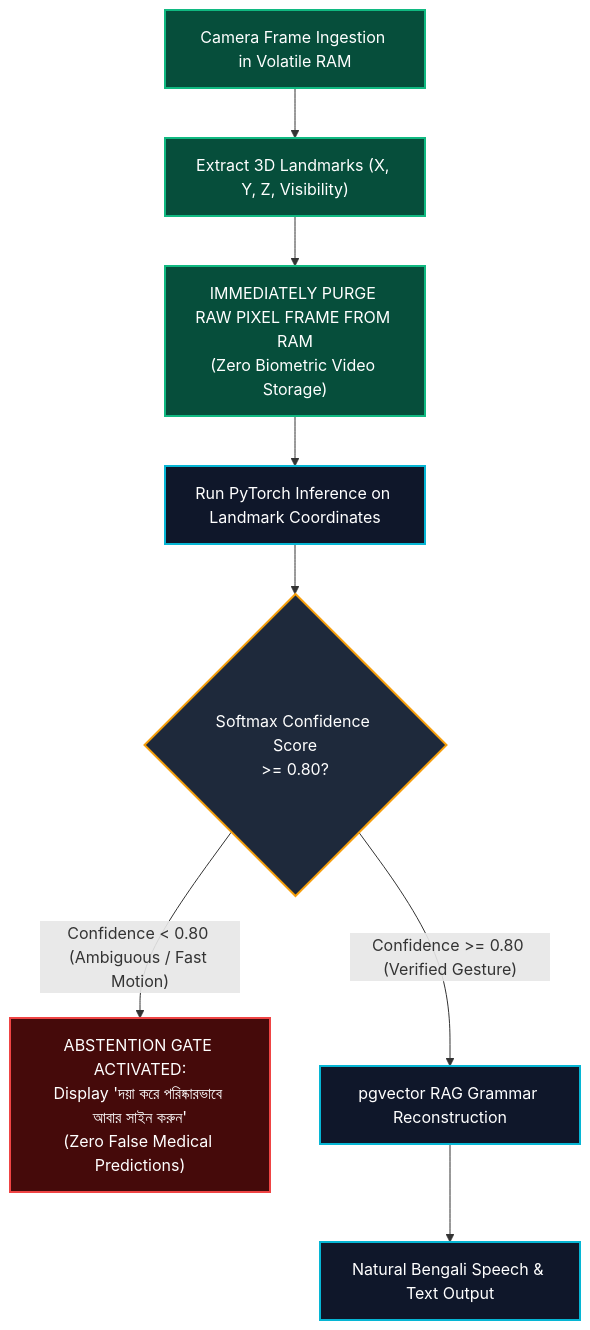
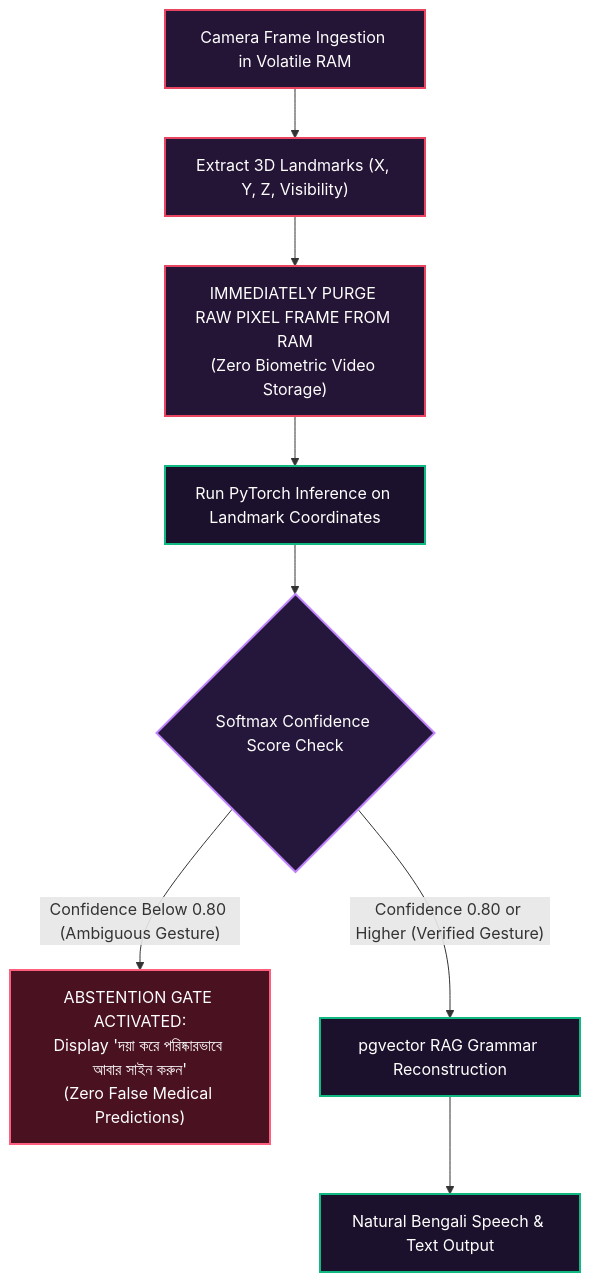
The sixth of 6 diagrams in README.md (mohammademon10/Bhasha-Drishti), drawn with Mermaid before and after one commit. The commit also changed other lines of this file and 9 other files, not shown here.

Commit message:
feat: apply Royal Aurora color palette, realistic 3D clinical avatar, declutter UI, and fix GitHub Mermaid diagrams

````diff
--- a/README.md
+++ b/README.md
@@ -271,16 +282,16 @@
 ```mermaid
 flowchart TD
-    classDef ram fill:#064E3B,stroke:#10B981,stroke-width:2px,color:#FFFFFF;
-    classDef decision fill:#1E293B,stroke:#F59E0B,stroke-width:2px,color:#FFFFFF;
-    classDef alert fill:#450A0A,stroke:#EF4444,stroke-width:2px,color:#FFFFFF;
-    classDef ok fill:#0F172A,stroke:#06B6D4,stroke-width:2px,color:#FFFFFF;
+    classDef ram fill:#241436,stroke:#E94560,stroke-width:2px,color:#FFFFFF;
+    classDef decision fill:#25173B,stroke:#C084FC,stroke-width:2px,color:#FFFFFF;
+    classDef alert fill:#4A1120,stroke:#FF5E7E,stroke-width:2px,color:#FFFFFF;
+    classDef ok fill:#1C112C,stroke:#10B981,stroke-width:2px,color:#FFFFFF;
 
     START["Camera Frame Ingestion in Volatile RAM"]:::ram --> EXTRACT["Extract 3D Landmarks (X, Y, Z, Visibility)"]:::ram
     EXTRACT --> PURGE["IMMEDIATELY PURGE RAW PIXEL FRAME FROM RAM<br/>(Zero Biometric Video Storage)"]:::ram
     PURGE --> INFER["Run PyTorch Inference on Landmark Coordinates"]:::ok
-    INFER --> CONF{"Softmax Confidence Score<br/>>= 0.80?"}:::decision
+    INFER --> CONF{"Softmax Confidence Score Check"}:::decision
 
-    CONF -- "Confidence < 0.80 (Ambiguous / Fast Motion)" --> ABSTAIN["ABSTENTION GATE ACTIVATED:<br/>Display 'দয়া করে পরিষ্কারভাবে আবার সাইন করুন'<br/>(Zero False Medical Predictions)"]:::alert
-    CONF -- "Confidence >= 0.80 (Verified Gesture)" --> RECONSTRUCT["pgvector RAG Grammar Reconstruction"]:::ok
+    CONF -- "Confidence Below 0.80 (Ambiguous Gesture)" --> ABSTAIN["ABSTENTION GATE ACTIVATED:<br/>Display 'দয়া করে পরিষ্কারভাবে আবার সাইন করুন'<br/>(Zero False Medical Predictions)"]:::alert
+    CONF -- "Confidence 0.80 or Higher (Verified Gesture)" --> RECONSTRUCT["pgvector RAG Grammar Reconstruction"]:::ok
     RECONSTRUCT --> TTS["Natural Bengali Speech & Text Output"]:::ok
 ```
````
